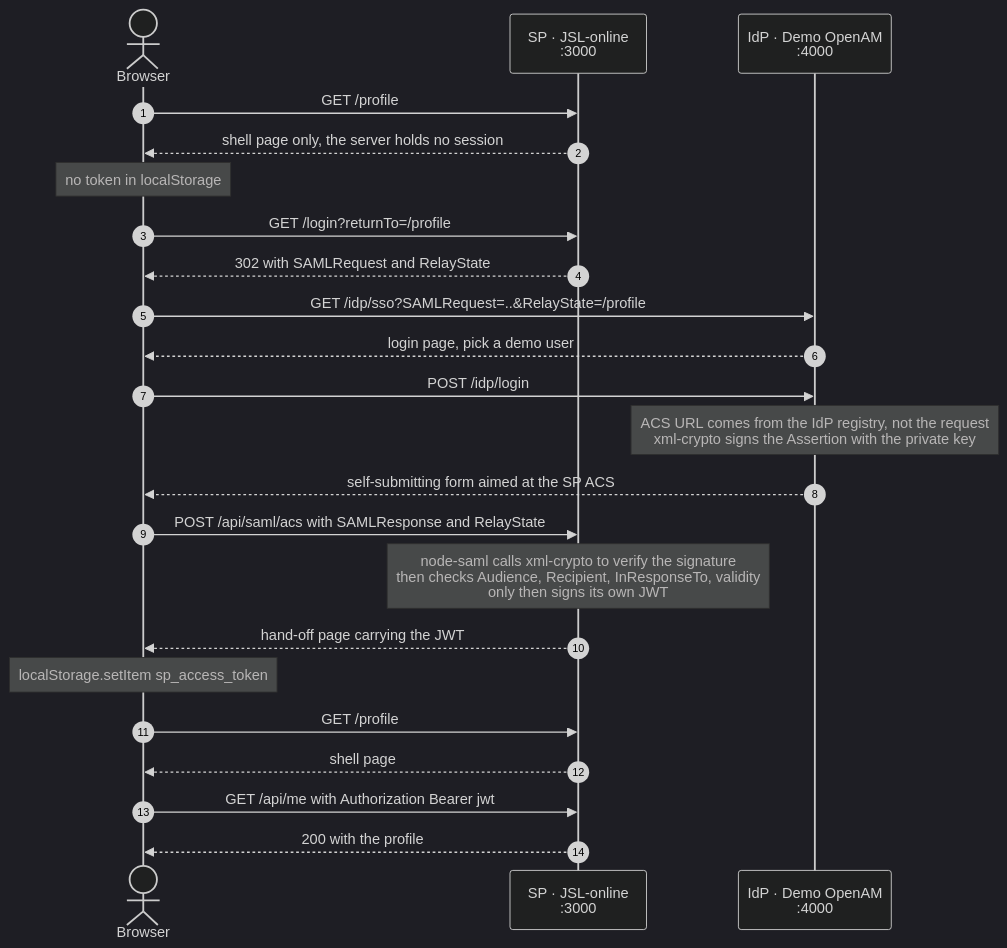
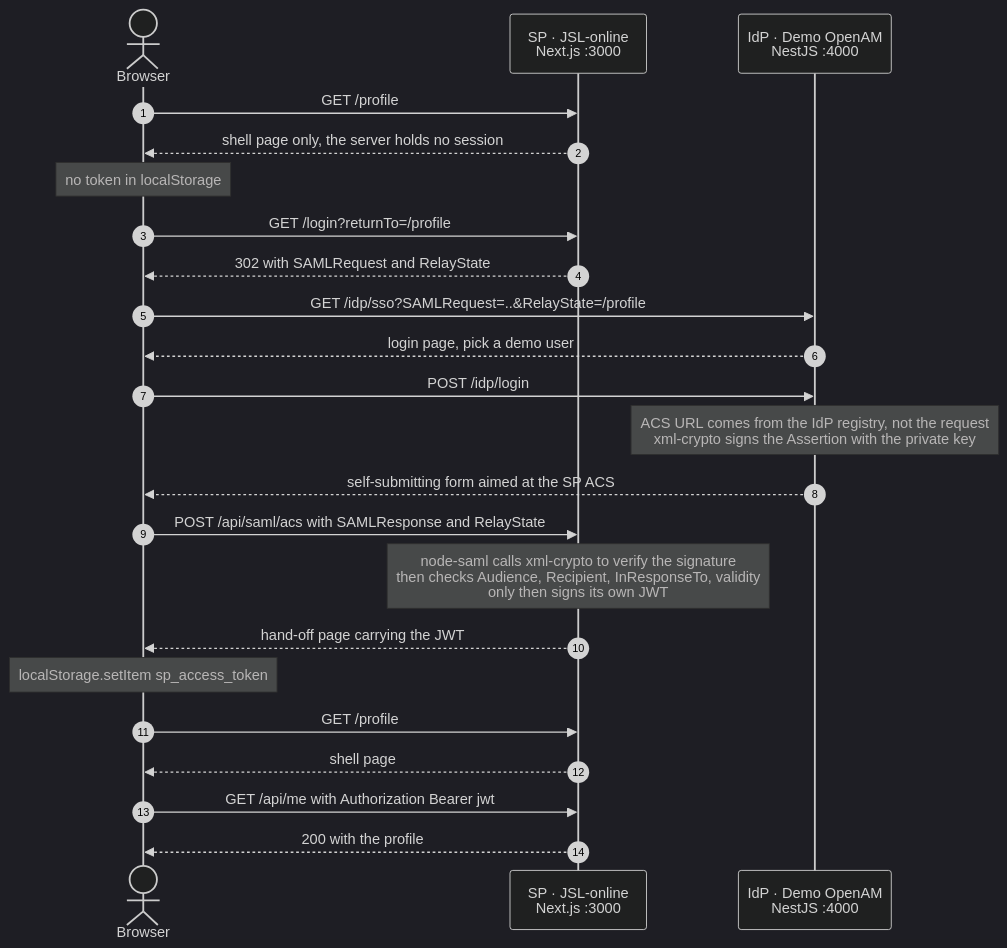
Before and after one commit to richardgong1987/xml-sign-demo: the second of 5 diagrams in README.md, drawn with Mermaid (dark theme). The commit also changed other lines of this file and 116 other files, not shown here.

````diff
--- a/README.md
+++ b/README.md
@@ -91,30 +118,30 @@
 ```mermaid
 sequenceDiagram
     autonumber
     actor U as Browser
-    participant SP as SP · JSL-online<br/>:3000
-    participant IDP as IdP · Demo OpenAM<br/>:4000
+    participant SP as SP · JSL-online<br/>Next.js :3000
+    participant IDP as IdP · Demo OpenAM<br/>NestJS :4000
 
     U->>SP: GET /profile
     SP-->>U: shell page only, the server holds no session
     Note over U: no token in localStorage
 
     U->>SP: GET /login?returnTo=/profile
     SP-->>U: 302 with SAMLRequest and RelayState
 
     U->>IDP: GET /idp/sso?SAMLRequest=..&RelayState=/profile
     IDP-->>U: login page, pick a demo user
     U->>IDP: POST /idp/login
     Note over IDP: ACS URL comes from the IdP registry, not the request<br/>xml-crypto signs the Assertion with the private key
     IDP-->>U: self-submitting form aimed at the SP ACS
 
     U->>SP: POST /api/saml/acs with SAMLResponse and RelayState
     Note over SP: node-saml calls xml-crypto to verify the signature<br/>then checks Audience, Recipient, InResponseTo, validity<br/>only then signs its own JWT
     SP-->>U: hand-off page carrying the JWT
     Note over U: localStorage.setItem sp_access_token
 
     U->>SP: GET /profile
     SP-->>U: shell page
     U->>SP: GET /api/me with Authorization Bearer jwt
     SP-->>U: 200 with the profile
 ```
````
